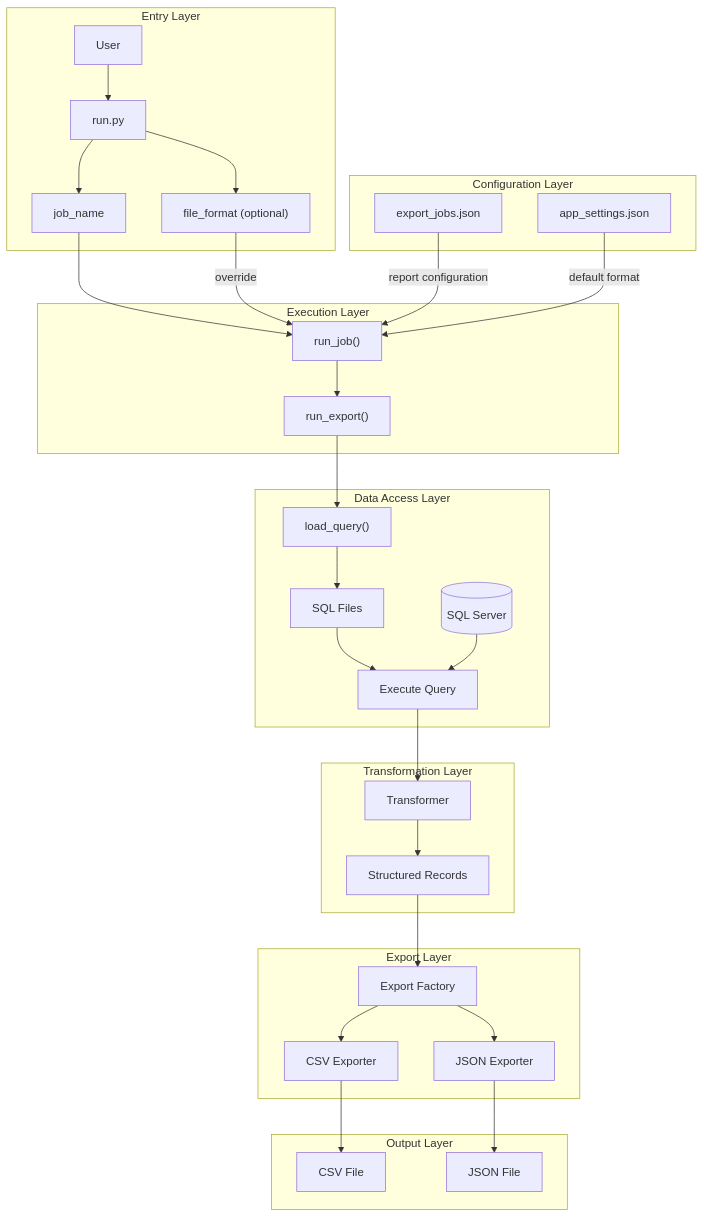
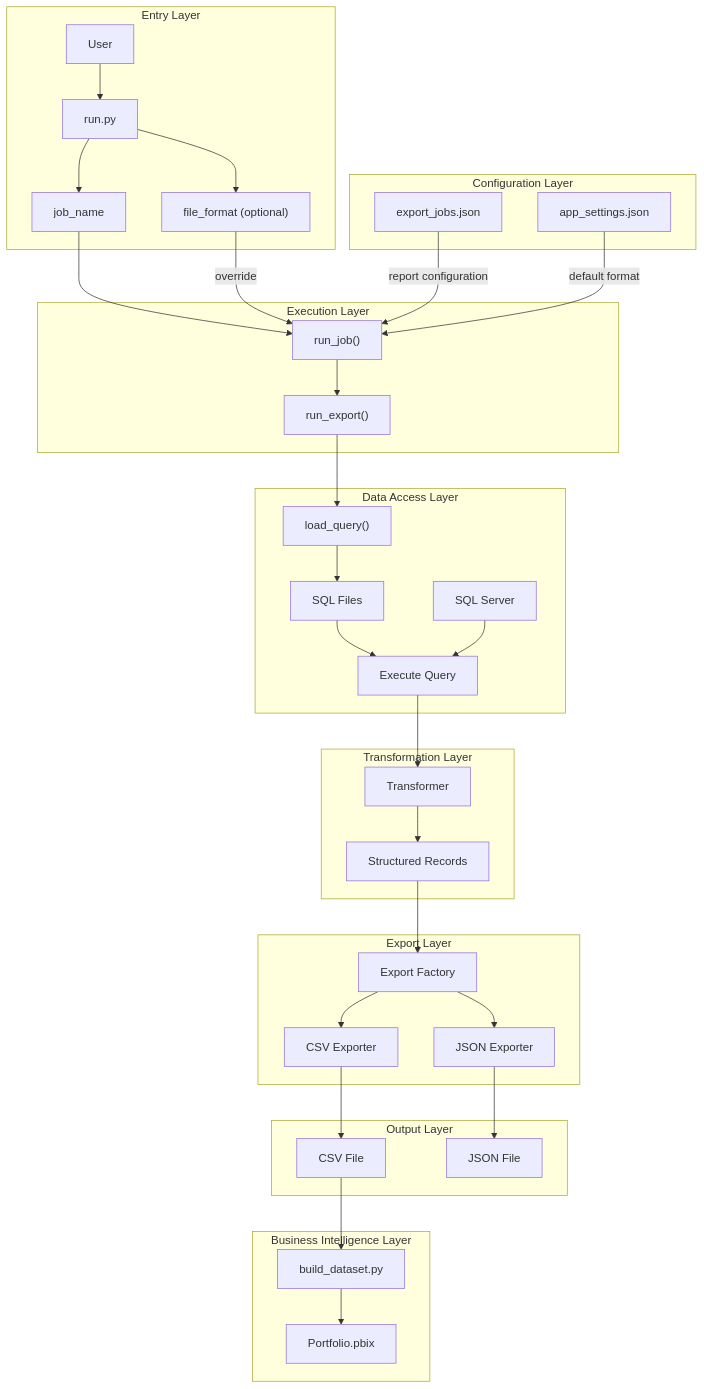
One commit to resmaeeli/data-portfolio changed the diagram in README.md. Above: the diagram before and after it, drawn with Mermaid. The commit also changed other lines of this file, not shown here.

````diff
--- a/README.md
+++ b/README.md
@@ -101,9 +106,9 @@
 end
 
 ARG1 --> RUNJOB
-ARG2 -- override --> RUNJOB
-JOBCFG -- report configuration --> RUNJOB
-APPCFG -- default format --> RUNJOB
+ARG2 -->|override| RUNJOB
+JOBCFG -->|report configuration| RUNJOB
+APPCFG -->|default format| RUNJOB
 
 RUNJOB --> RUNEXPORT
 
@@ -113,7 +118,7 @@
 subgraph DATA["Data Access Layer"]
     LOADQUERY["load_query()"]
     SQLFILES["SQL Files"]
-    DB[("SQL Server")]
+    DB["SQL Server"]
     QUERY["Execute Query"]
 end
 
@@ -156,4 +161,16 @@
 
 CSV --> CSVFILE
 JSON --> JSONFILE
+
+%% =========================
+%% Business Intelligence Layer
+%% =========================
+subgraph BI["Business Intelligence Layer"]
+    BUILDER["build_dataset.py"]
+    PBI["Portfolio.pbix"]
+end
+
+CSVFILE --> BUILDER
+BUILDER --> PBI
+
 ```
````
